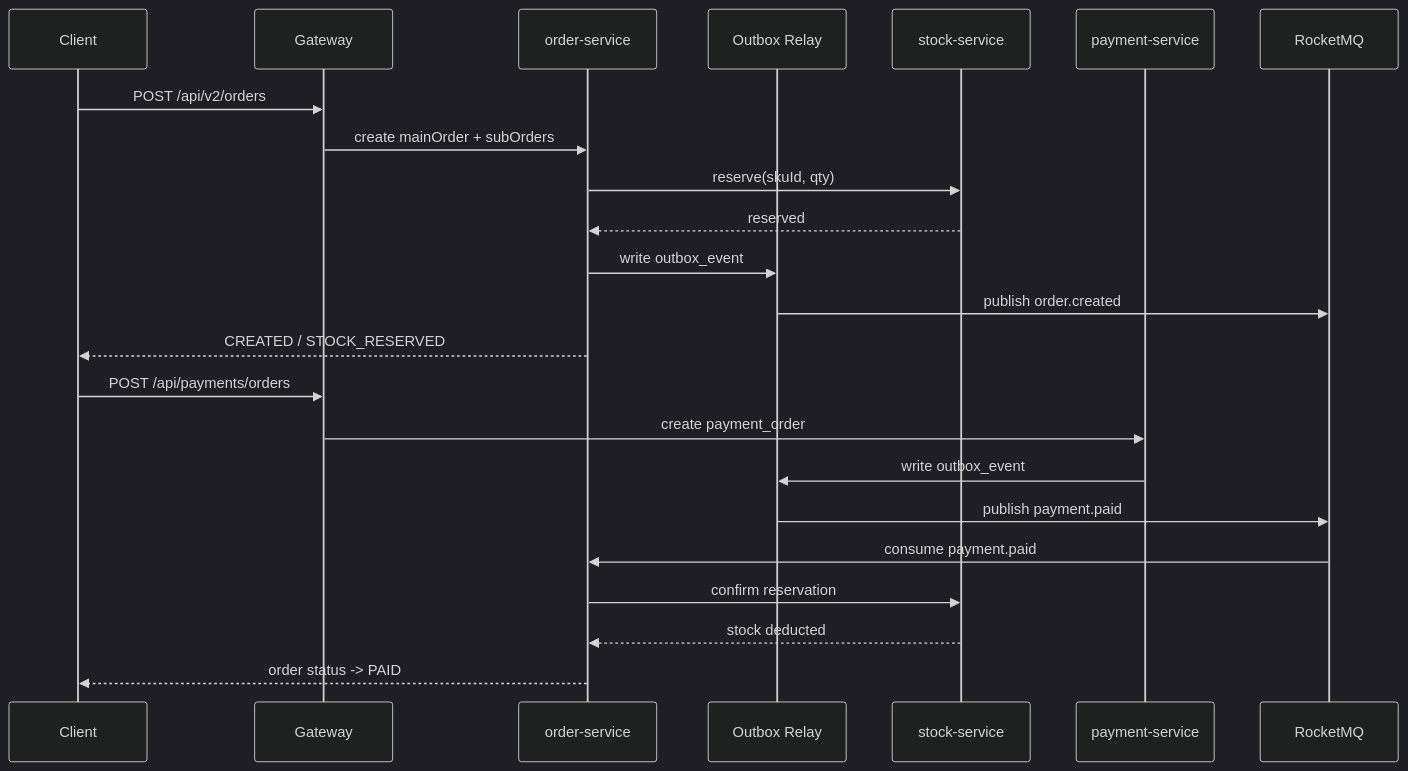
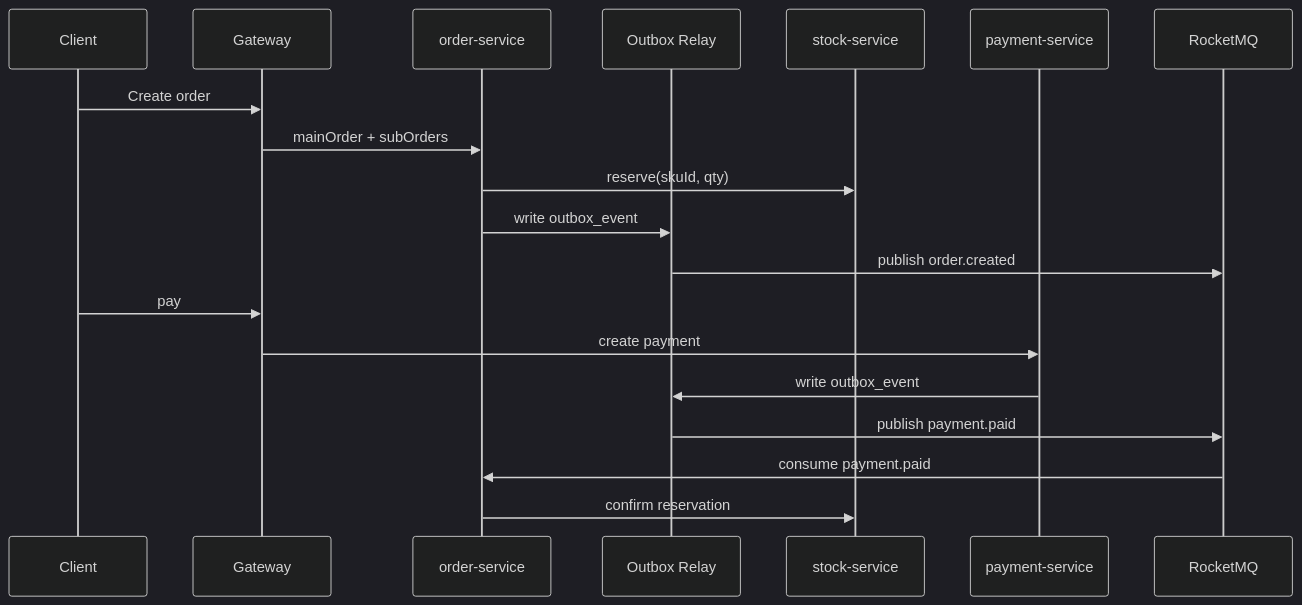
One commit to USERON8/cloud changed the second of 2 diagrams in README.md. Above: the diagram before and after it, drawn with Mermaid (dark theme). The commit also changed other lines of this file and 2 other files, not shown here.

````diff
--- a/README.md
+++ b/README.md
@@ -192,27 +168,22 @@
 ```mermaid
 sequenceDiagram
     participant C as Client
     participant GW as Gateway
     participant O as order-service
     participant OB as Outbox Relay
     participant S as stock-service
     participant P as payment-service
     participant MQ as RocketMQ
 
-    C->>GW: POST /api/v2/orders
-    GW->>O: create mainOrder + subOrders
+    C->>GW: Create order
+    GW->>O: mainOrder + subOrders
     O->>S: reserve(skuId, qty)
-    S-->>O: reserved
     O->>OB: write outbox_event
     OB->>MQ: publish order.created
-    O-->>C: CREATED / STOCK_RESERVED
-
-    C->>GW: POST /api/payments/orders
-    GW->>P: create payment_order
+    C->>GW: pay
+    GW->>P: create payment
     P->>OB: write outbox_event
     OB->>MQ: publish payment.paid
     MQ->>O: consume payment.paid
     O->>S: confirm reservation
-    S-->>O: stock deducted
-    O-->>C: order status -> PAID
 ```
````
